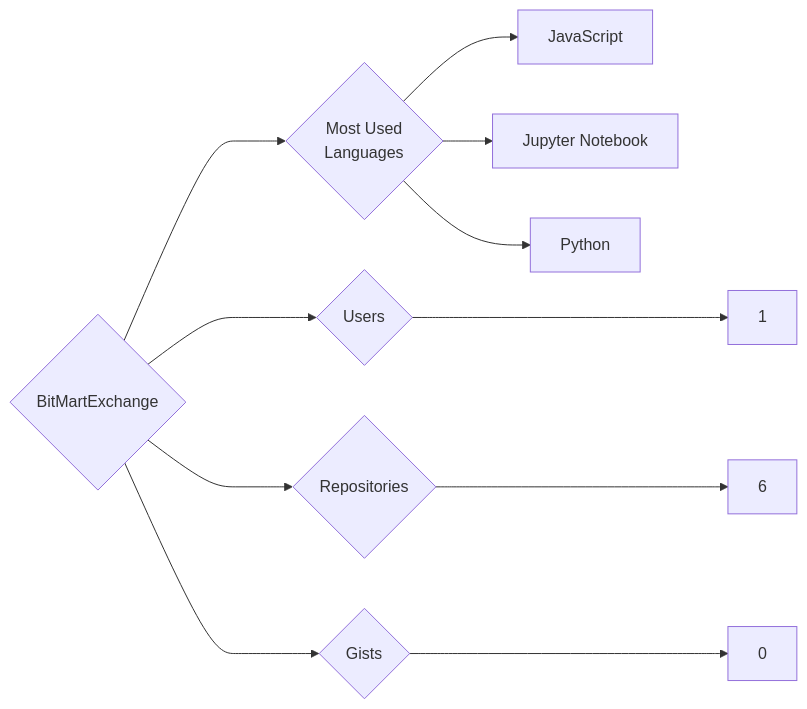
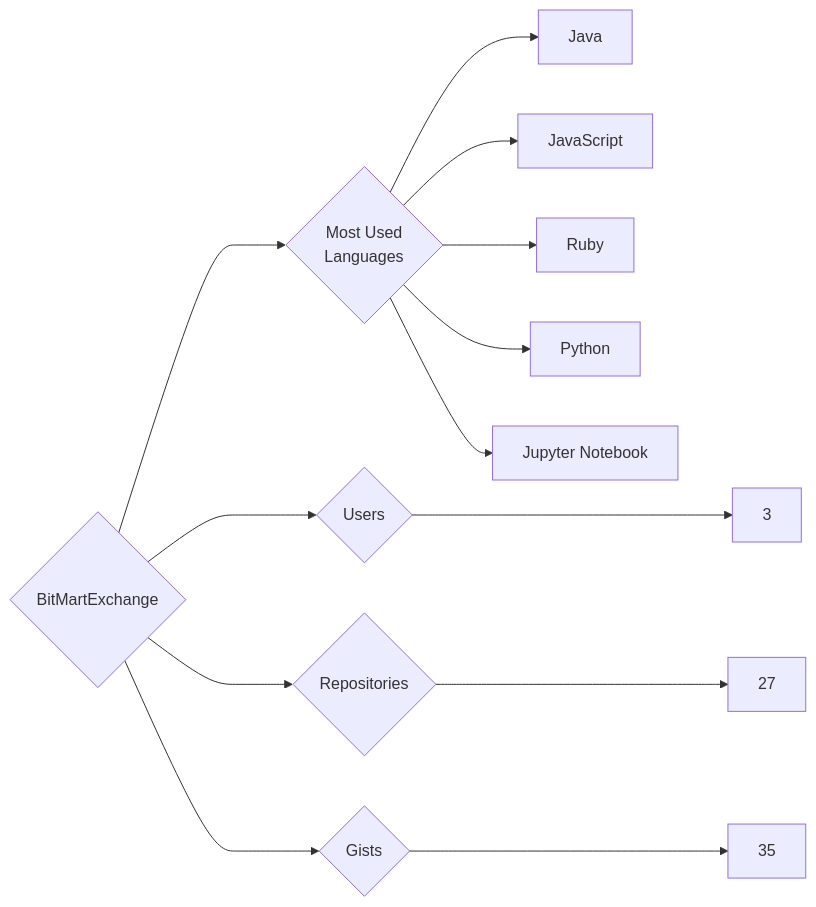
One commit to trickest/insiders changed the diagram in targets/BitMartExchange/README.md. Above: the diagram before and after it, drawn with Mermaid. The commit also changed 1020 other files, not shown here.

````diff
--- a/targets/BitMartExchange/README.md
+++ b/targets/BitMartExchange/README.md
@@ -3,11 +3,13 @@
 ```mermaid
 graph LR
 COMPANY_NAME{BitMartExchange}
-COMPANY_NAME ---> U{Users} ---> UN[1]
-COMPANY_NAME ---> R{Repositories} ---> RN[6]
-COMPANY_NAME ---> G{Gists} ---> GN[0]
+COMPANY_NAME ---> U{Users} ---> UN[3]
+COMPANY_NAME ---> R{Repositories} ---> RN[27]
+COMPANY_NAME ---> G{Gists} ---> GN[35]
 COMPANY_NAME ---> ML{Most Used<br>Languages}
+ML --> Java[Java]
 ML --> JavaScript[JavaScript]
+ML --> Ruby[Ruby]
+ML --> Python[Python]
 ML --> Jupyter_Notebook[Jupyter Notebook]
-ML --> Python[Python]
 ```
````
